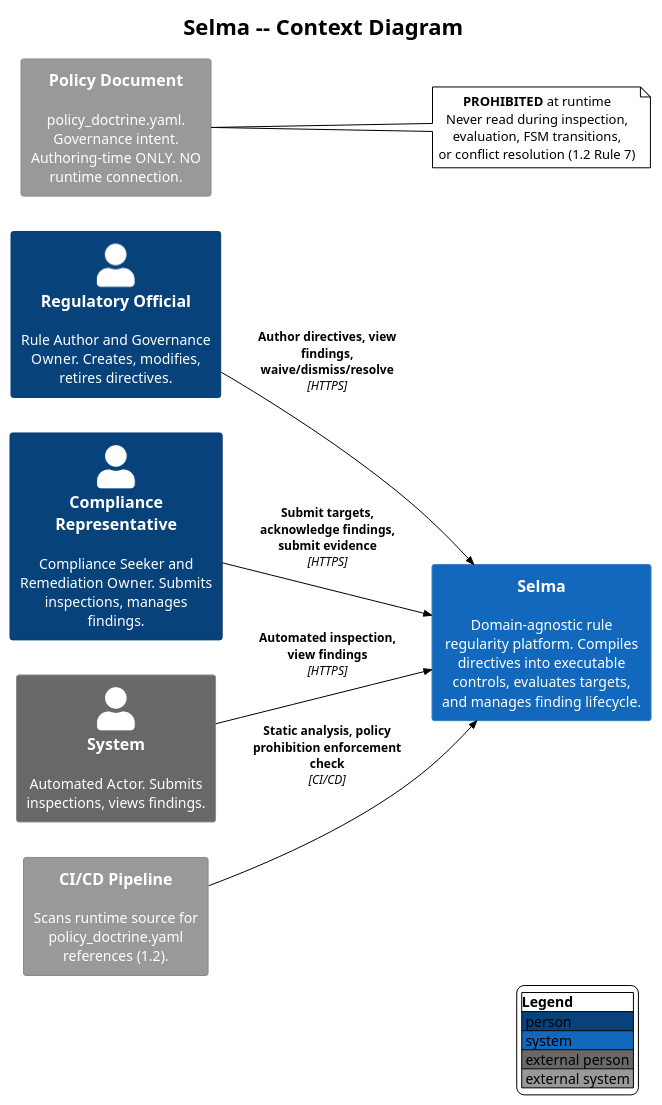
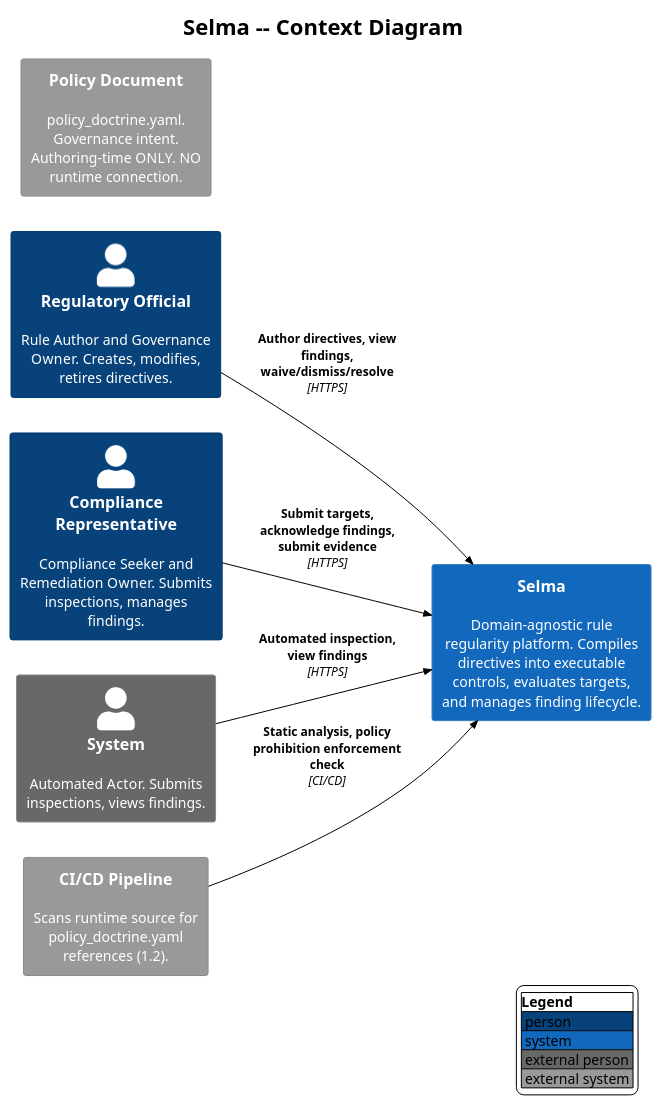
The diagram in docs/C4-Design/c4_selma_context.puml (salimnamvar/selma), drawn with PlantUML before and after one commit. The commit also changed 3 other files, not shown here.

Commit message:
docs(C4-Design): Refine component diagrams and remove outdated notes for clarity

```diff
--- a/docs/C4-Design/c4_selma_context.puml
+++ b/docs/C4-Design/c4_selma_context.puml
@@ -11,31 +11,24 @@
 @startuml
 !include https://raw.githubusercontent.com/plantuml-stdlib/C4-PlantUML/v2.13.0/C4_Context.puml
 !theme plain
 
 LAYOUT_LEFT_RIGHT()
 LAYOUT_WITH_LEGEND()
 
 title Selma -- Context Diagram
 
 Person(regulatory_official, "Regulatory Official", "Rule Author and Governance Owner. Creates, modifies, retires directives.")
 Person(compliance_rep, "Compliance Representative", "Compliance Seeker and Remediation Owner. Submits inspections, manages findings.")
 Person_Ext(system_actor, "System", "Automated Actor. Submits inspections, views findings.")
 
 System(selma, "Selma", "Domain-agnostic rule regularity platform. Compiles directives into executable controls, evaluates targets, and manages finding lifecycle.")
 
 System_Ext(ci_pipeline, "CI/CD Pipeline", "Scans runtime source for policy_doctrine.yaml references (1.2).")
 System_Ext(policy_doc, "Policy Document", "policy_doctrine.yaml. Governance intent. Authoring-time ONLY. NO runtime connection.")
 
 Rel(regulatory_official, selma, "Author directives, view findings, waive/dismiss/resolve", "HTTPS")
 Rel(compliance_rep, selma, "Submit targets, acknowledge findings, submit evidence", "HTTPS")
 Rel(system_actor, selma, "Automated inspection, view findings", "HTTPS")
 Rel(ci_pipeline, selma, "Static analysis, policy prohibition enforcement check", "CI/CD")
 
-note right of policy_doc
-  **PROHIBITED** at runtime
-  Never read during inspection,
-  evaluation, FSM transitions,
-  or conflict resolution (1.2 Rule 7)
-end note
-
 @enduml
```
